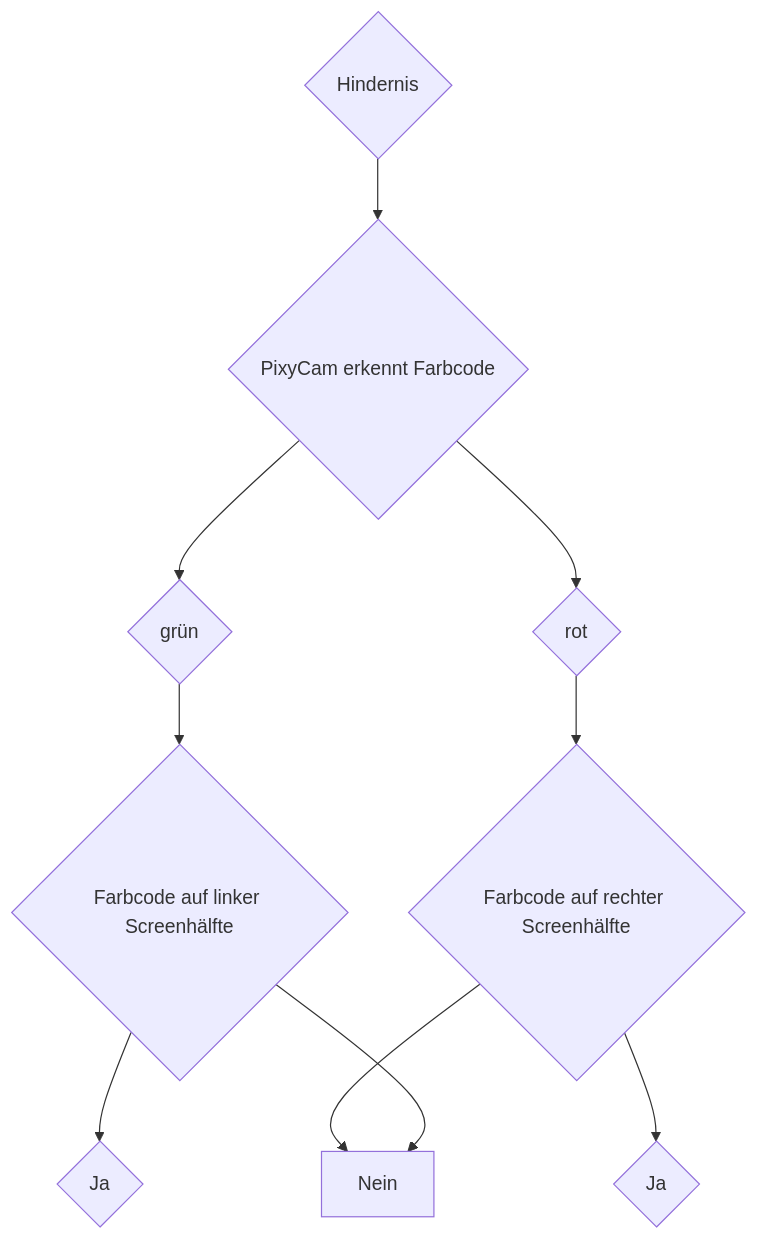
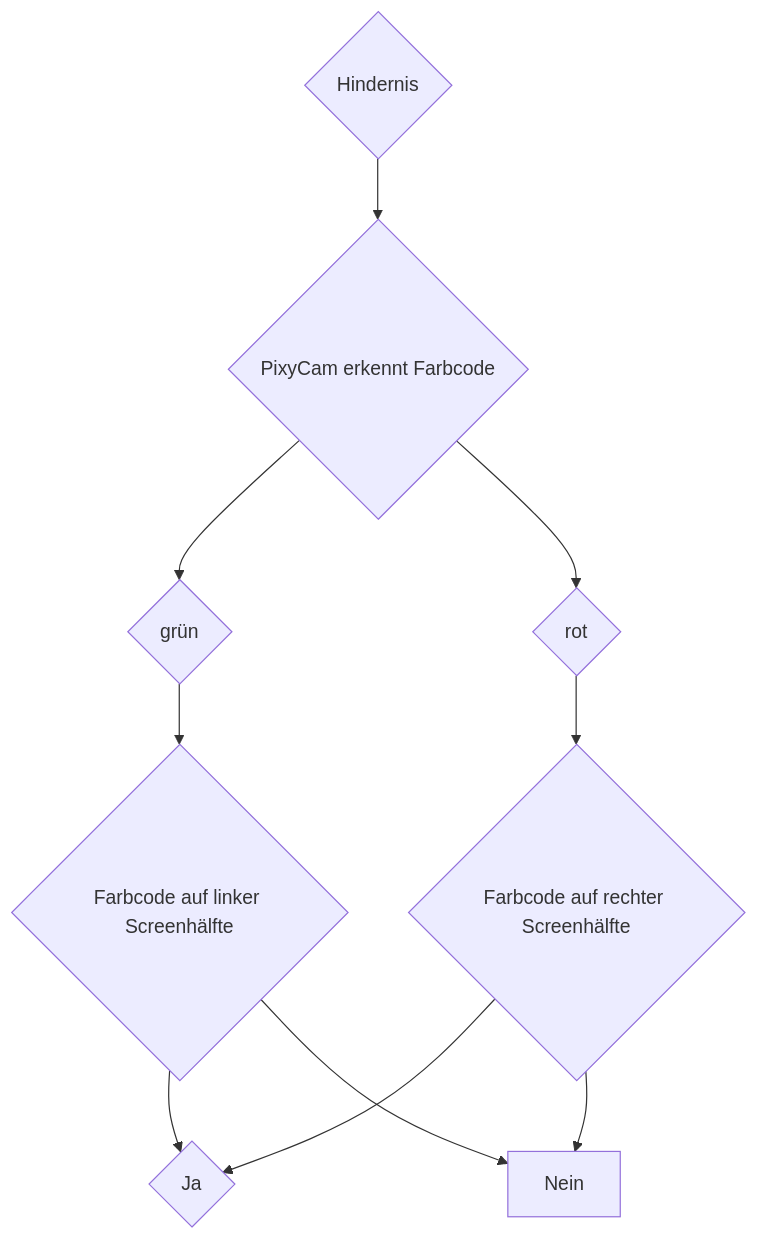
The diagram in Programme/Hindernisrennen/README.md (SchroedingersBit/PfortGTPanama), drawn with Mermaid before and after one commit.

````diff
--- a/Programme/Hindernisrennen/README.md
+++ b/Programme/Hindernisrennen/README.md
@@ -4,9 +4,9 @@
 ```mermaid
 graph TB;
 A{Hindernis} -->B{PixyCam erkennt Farbcode};
 B-->E{grün}-->C1{Farbcode auf linker Screenhälfte};
 B-->C{rot}-->C2{Farbcode auf rechter Screenhälfte};
 C1-->J1{Ja};
-C2-->J2{Ja};
+C2-->J1{Ja};
 C2 --> Nein; C1 --> Nein;
 ```
````
